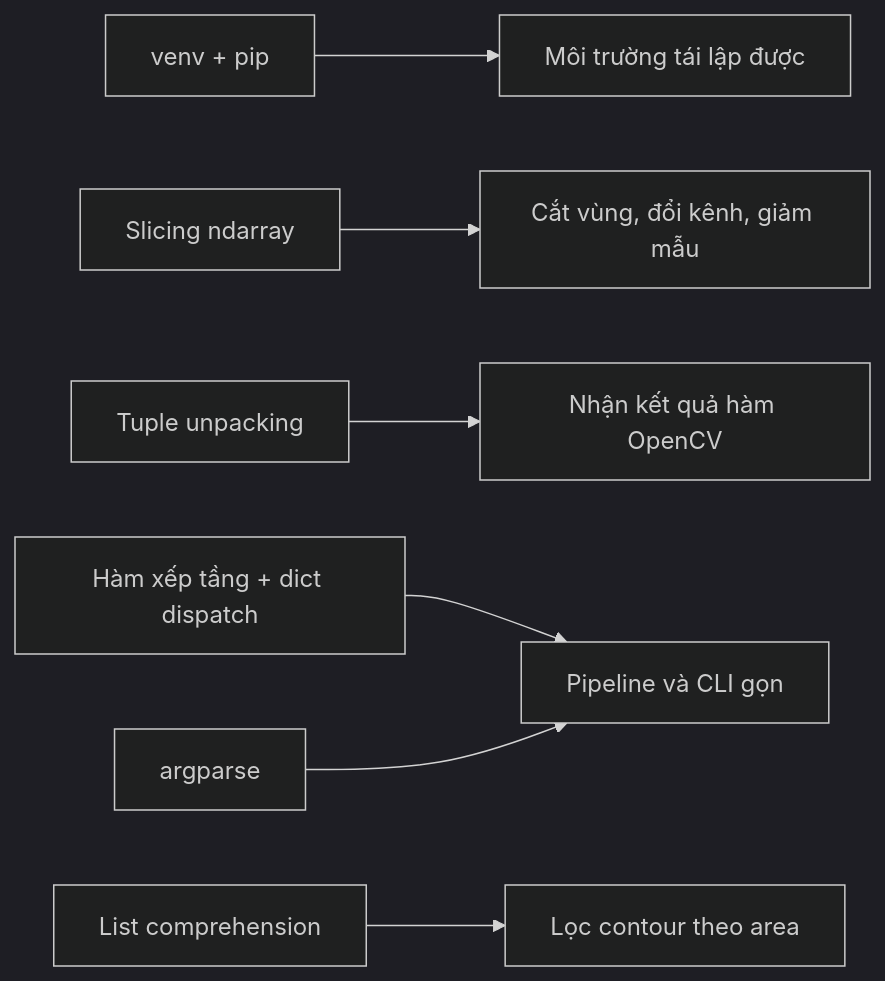
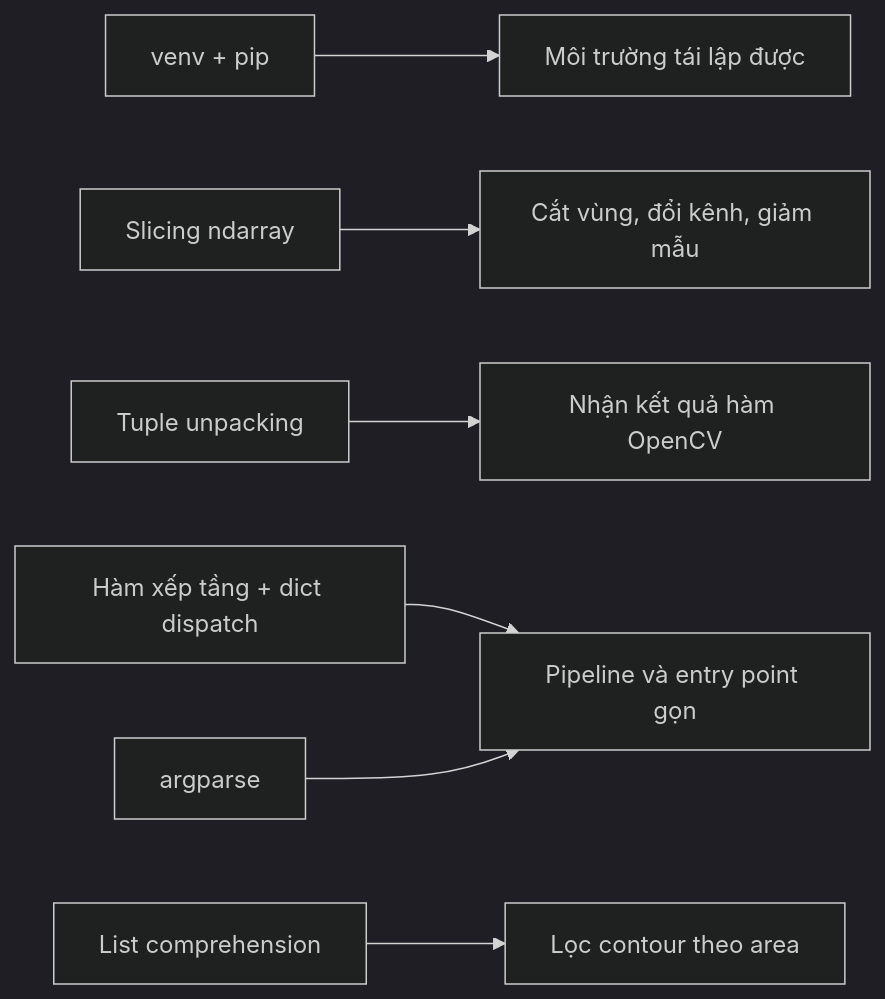
Before and after one commit to drilabs-org/cv-from-scratch: the first of 2 diagrams in docs/01-opencv-co-ban/00-python-for-cv.md, drawn with Mermaid (dark theme). The commit also changed other lines of this file and 8 other files, not shown here.

````diff
--- a/docs/01-opencv-co-ban/00-python-for-cv.md
+++ b/docs/01-opencv-co-ban/00-python-for-cv.md
@@ -12,9 +12,9 @@
 ```mermaid
 flowchart LR
     A["venv + pip"] --> B["Môi trường tái lập được"]
     C["Slicing ndarray"] --> D["Cắt vùng, đổi kênh, giảm mẫu"]
     E["Tuple unpacking"] --> F["Nhận kết quả hàm OpenCV"]
-    G["Hàm xếp tầng + dict dispatch"] --> H["Pipeline và CLI gọn"]
+    G["Hàm xếp tầng + dict dispatch"] --> H["Pipeline và entry point gọn"]
     I["List comprehension"] --> J["Lọc contour theo area"]
     K["argparse"] --> H
 ```
````
